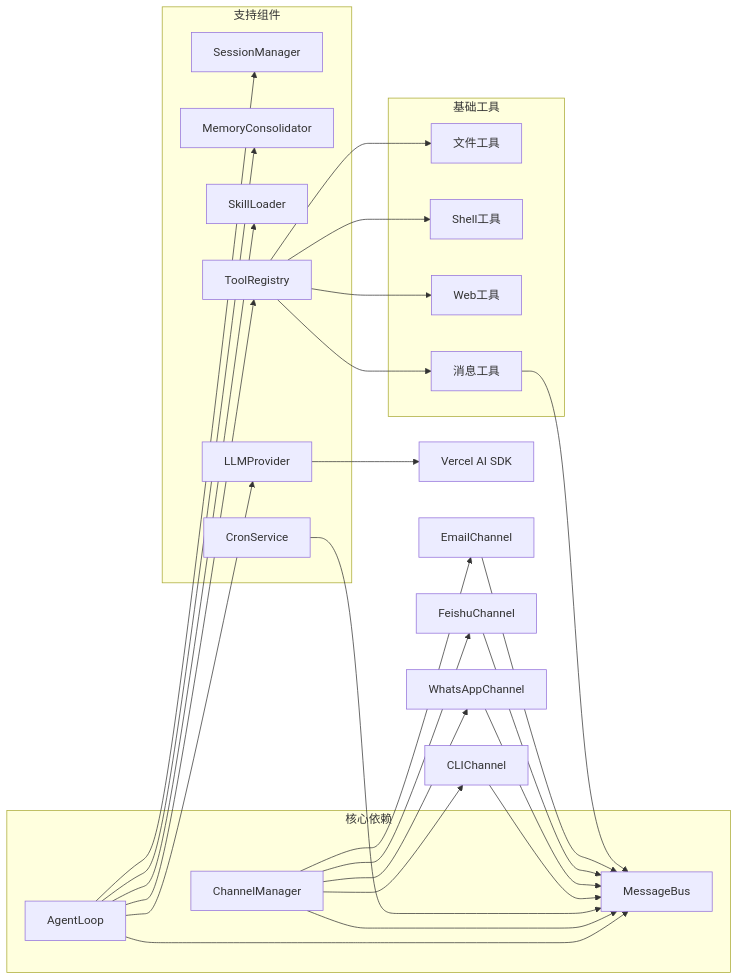
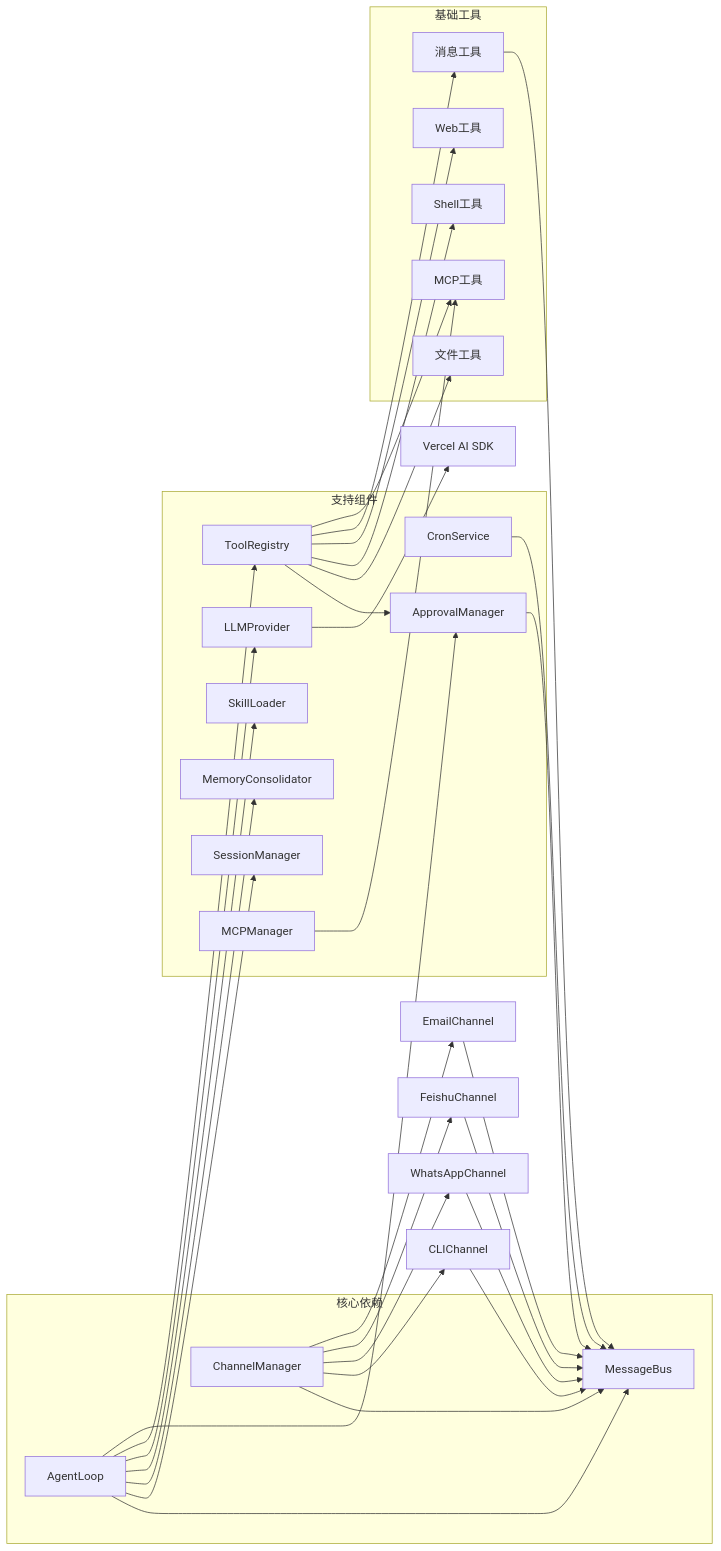
Diagram 14 of 16 in docs/GATEWAY_MERMAID.md (rzx007/nanobot-ts), drawn with Mermaid before and after one commit. The commit also changed other lines of this file and 5 other files, not shown here.

````diff
--- a/docs/GATEWAY_MERMAID.md
+++ b/docs/GATEWAY_MERMAID.md
@@ -669,53 +926,63 @@
 ```mermaid
 graph LR
     subgraph 核心依赖
         AL[AgentLoop]
         MB[MessageBus]
         CM[ChannelManager]
     end
 
     subgraph 支持组件
         SM[SessionManager]
         MC[MemoryConsolidator]
         SL[SkillLoader]
         LP[LLMProvider]
         TR[ToolRegistry]
         CS[CronService]
+        AM[ApprovalManager]
+        MCP[MCPManager]
     end
 
     subgraph 基础工具
         FT[文件工具]
         ST[Shell工具]
         WT[Web工具]
         MT[消息工具]
+        MCPTools[MCP工具]
     end
 
     AL --> MB
     AL --> SM
     AL --> MC
     AL --> SL
     AL --> LP
     AL --> TR
+    AL --> AM
 
     CM --> MB
     CM --> C1[CLIChannel]
     CM --> C2[WhatsAppChannel]
     CM --> C3[FeishuChannel]
     CM --> C4[EmailChannel]
 
     LP --> VSDK[Vercel AI SDK]
 
+    TR --> AM
     TR --> FT
     TR --> ST
     TR --> WT
     TR --> MT
+    TR --> MCPTools
+
+    MCP --> MCPTools
 
     CS --> MB
+
+    AM --> MB
 
     C1 --> MB
     C2 --> MB
     C3 --> MB
     C4 --> MB
 
     MT --> MB
 ```
````
